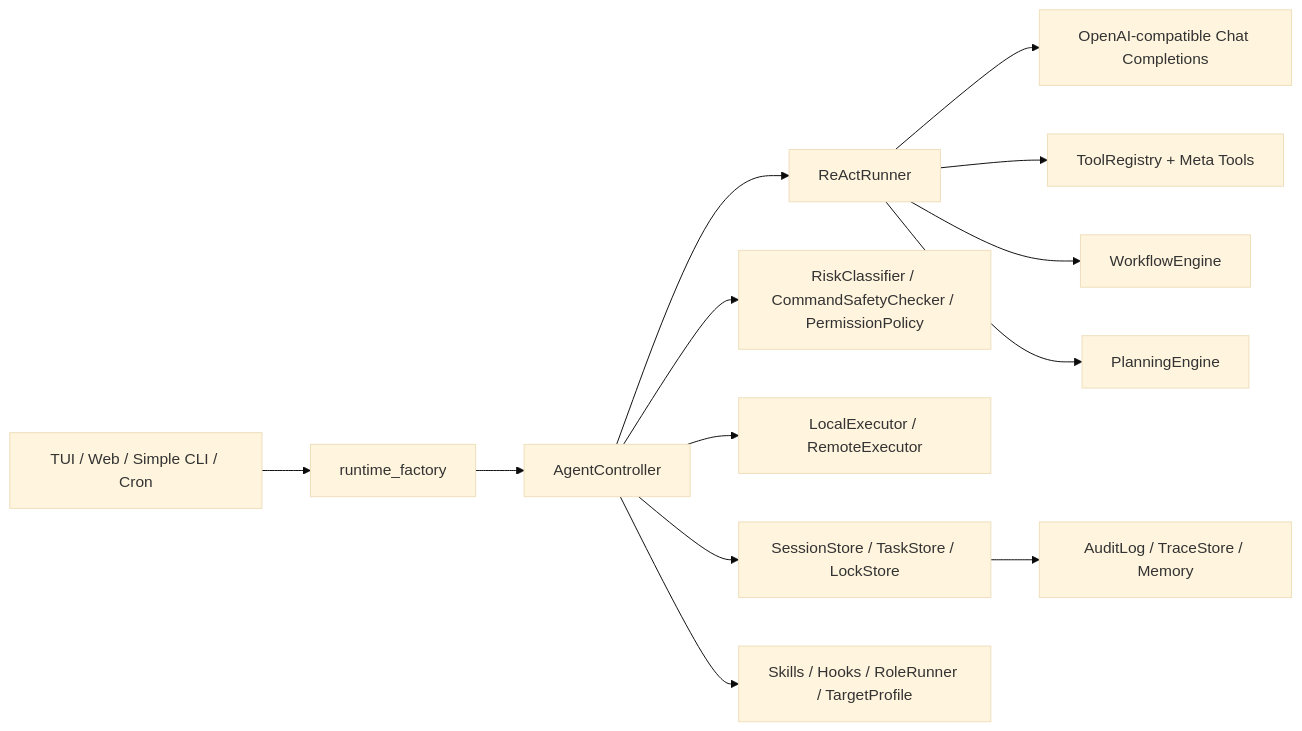
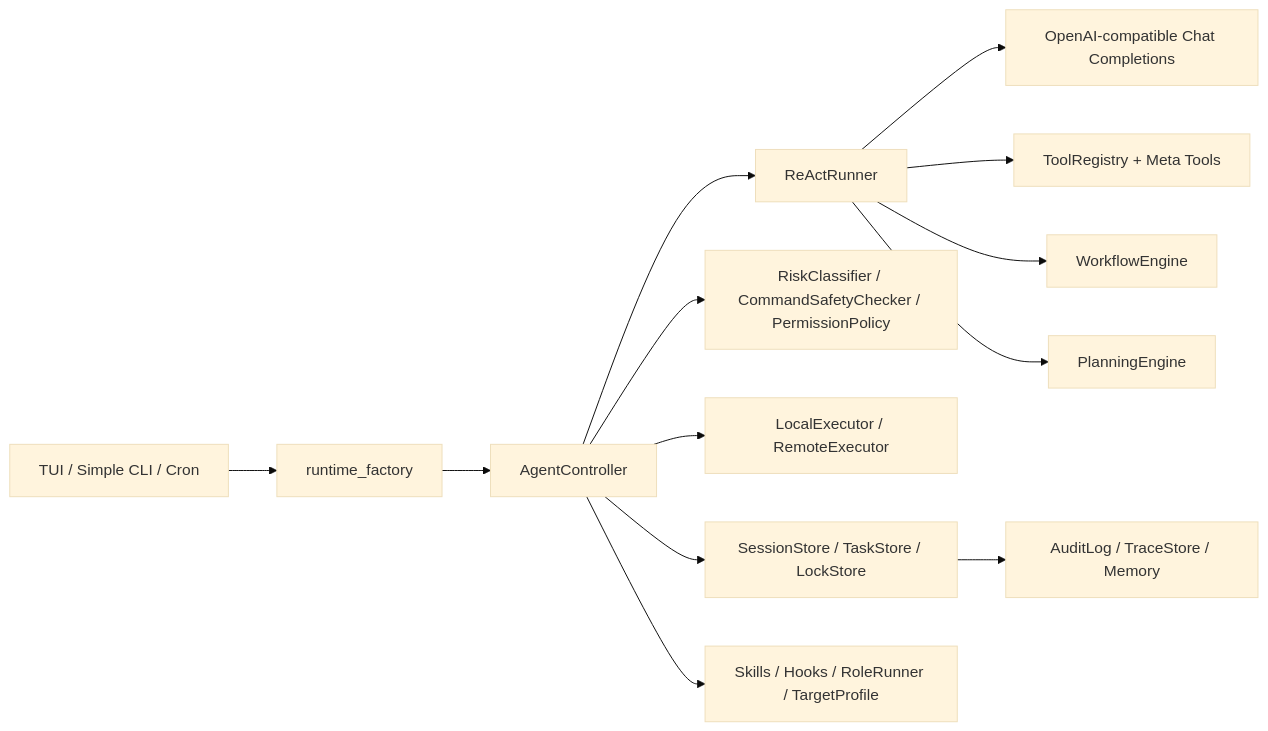
The diagram in submission_materials/06_design_explanation.md (PyCmgMagic/SysDialogue), drawn with Mermaid (base theme) before and after one commit. The commit also changed other lines of this file and 9 other files, not shown here.

````diff
--- a/submission_materials/06_design_explanation.md
+++ b/submission_materials/06_design_explanation.md
@@ -5,15 +5,15 @@
 ```mermaid
 flowchart LR
-    UI["TUI / Web / Simple CLI / Cron"] --> Runtime["runtime_factory"]
+    UI["TUI / Simple CLI / Cron"] --> Runtime["runtime_factory"]
     Runtime --> Controller["AgentController"]
     Controller --> ReAct["ReActRunner"]
     ReAct --> LLM["OpenAI-compatible Chat Completions"]
     ReAct --> Registry["ToolRegistry + Meta Tools"]
     ReAct --> Workflow["WorkflowEngine"]
     ReAct --> Planner["PlanningEngine"]
     Controller --> Safety["RiskClassifier / CommandSafetyChecker / PermissionPolicy"]
     Controller --> Exec["LocalExecutor / RemoteExecutor"]
     Controller --> Stores["SessionStore / TaskStore / LockStore"]
     Controller --> Ext["Skills / Hooks / RoleRunner / TargetProfile"]
     Stores --> Audit["AuditLog / TraceStore / Memory"]
 ```
````
